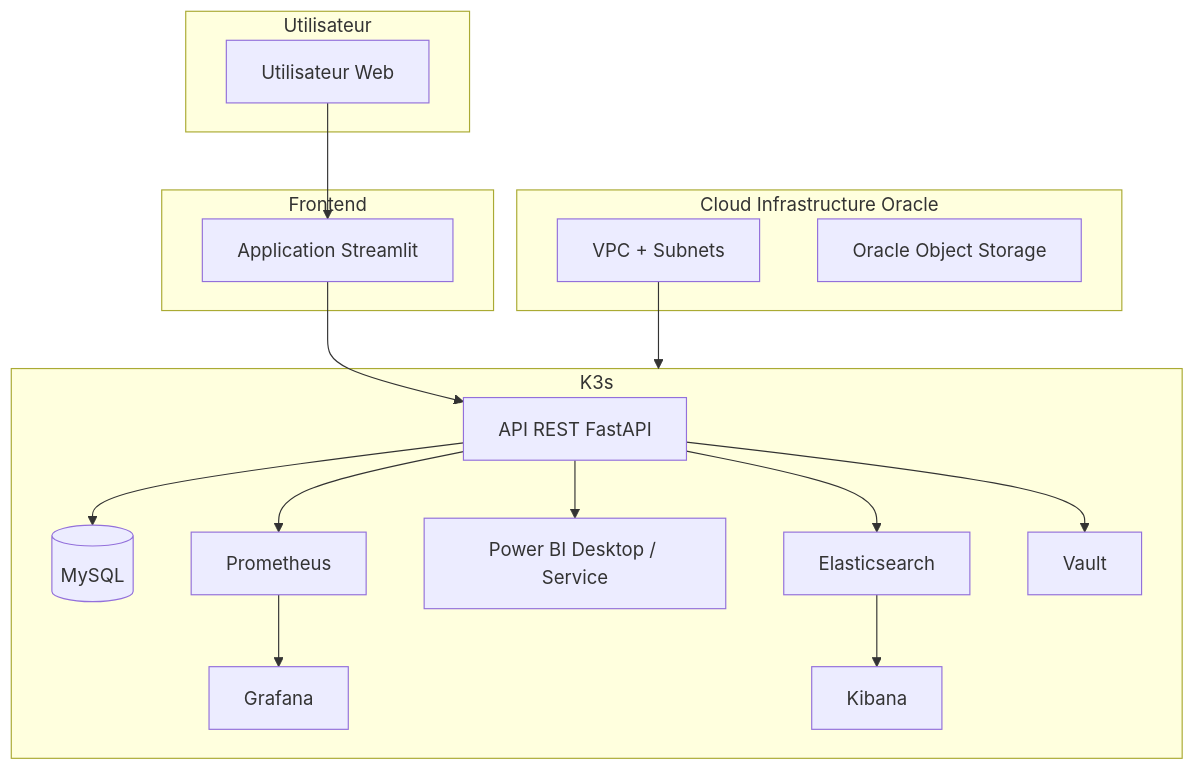
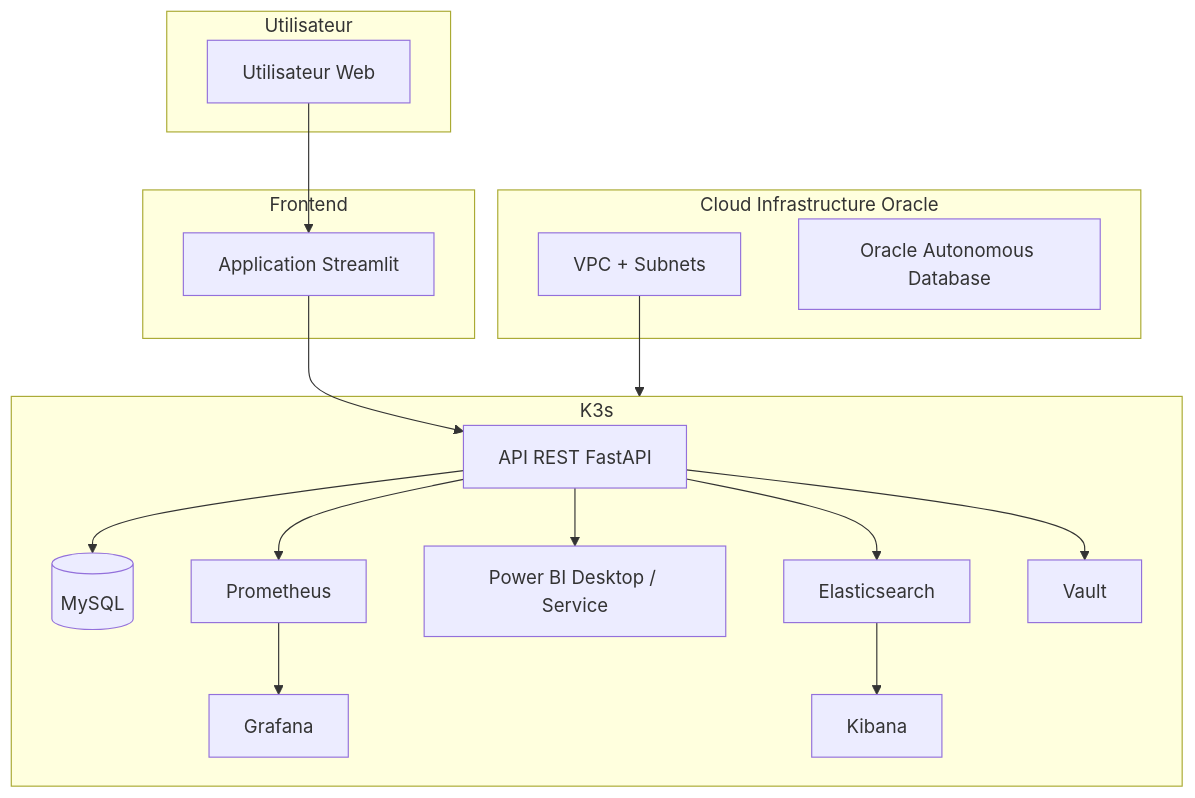
The diagram in infra/README.md (O-Celia/reactivite_chien), drawn with Mermaid before and after one commit. The commit also changed other lines of this file, not shown here.

````diff
--- a/infra/README.md
+++ b/infra/README.md
@@ -7,31 +7,31 @@
 ```mermaid
 graph TD
   subgraph Utilisateur
     A[Utilisateur Web]
   end
 
   subgraph Frontend
     B[Application Streamlit]
   end
 
   subgraph K3s
     B --> C[API REST FastAPI]
     C --> D[(MySQL)]
     C --> E[Elasticsearch]
     C --> F[Power BI Desktop / Service]
     C --> H[Prometheus]
     C --> I[Vault]
 
     H --> J[Grafana]
     E --> K[Kibana]
 
   end
 
   subgraph Cloud Infrastructure Oracle
     L[VPC + Subnets]
-    M[Oracle Object Storage]
+    M[Oracle Autonomous Database]
   end
 
   A --> B
   L --> K3s
 ```
````
